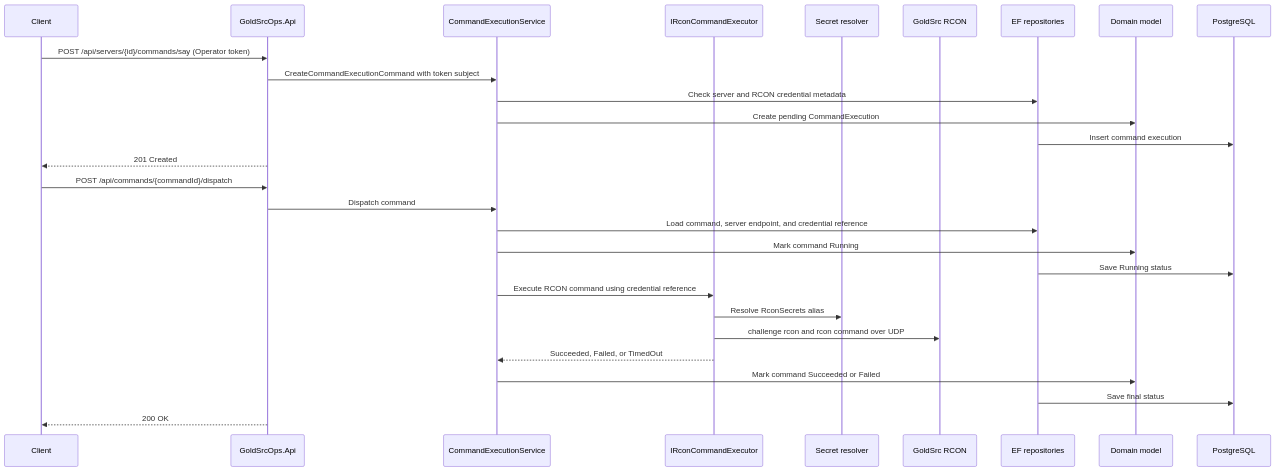
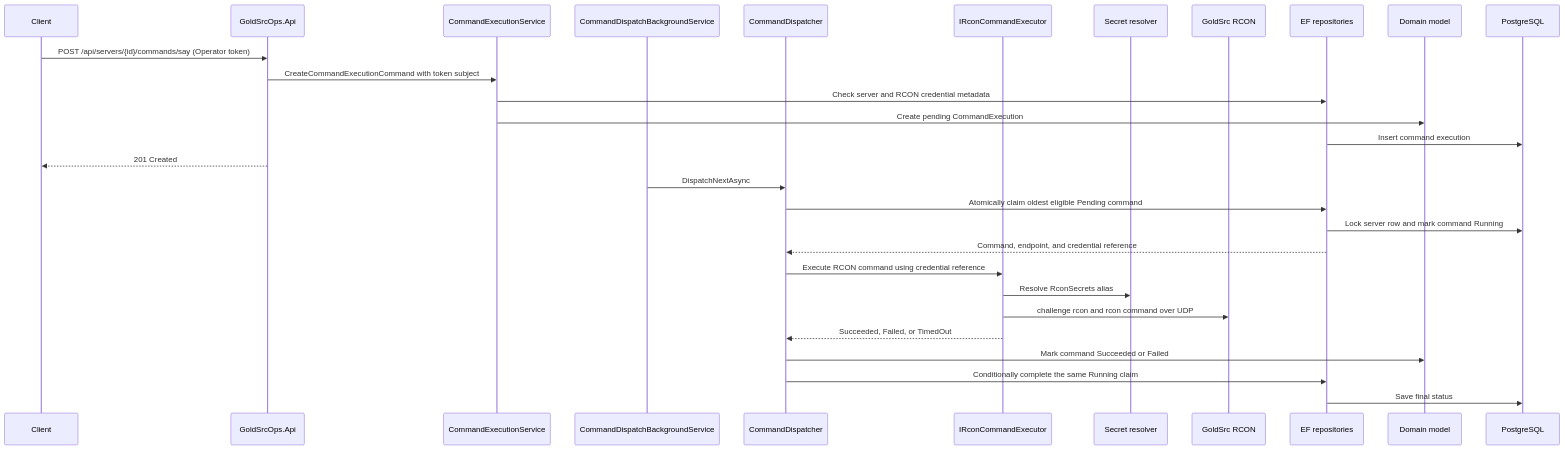
One commit to tov-vl/gold-src-ops changed the sixth of 6 diagrams in docs/architecture.md. Above: the diagram before and after it, drawn with Mermaid. The commit also changed other lines of this file and 27 other files, not shown here.

Commit message:
Add durable background command dispatcher

````diff
--- a/docs/architecture.md
+++ b/docs/architecture.md
@@ -211,32 +216,33 @@
 ```mermaid
 sequenceDiagram
     participant Client
     participant API as GoldSrcOps.Api
     participant App as CommandExecutionService
+    participant Worker as CommandDispatchBackgroundService
+    participant Dispatcher as CommandDispatcher
     participant Executor as IRconCommandExecutor
     participant Secrets as Secret resolver
     participant RCON as GoldSrc RCON
     participant Repo as EF repositories
     participant Domain as Domain model
     participant Db as PostgreSQL
 
     Client->>API: POST /api/servers/{id}/commands/say (Operator token)
     API->>App: CreateCommandExecutionCommand with token subject
     App->>Repo: Check server and RCON credential metadata
     App->>Domain: Create pending CommandExecution
     Repo->>Db: Insert command execution
     API-->>Client: 201 Created
 
-    Client->>API: POST /api/commands/{commandId}/dispatch
-    API->>App: Dispatch command
-    App->>Repo: Load command, server endpoint, and credential reference
-    App->>Domain: Mark command Running
-    Repo->>Db: Save Running status
-    App->>Executor: Execute RCON command using credential reference
+    Worker->>Dispatcher: DispatchNextAsync
+    Dispatcher->>Repo: Atomically claim oldest eligible Pending command
+    Repo->>Db: Lock server row and mark command Running
+    Repo-->>Dispatcher: Command, endpoint, and credential reference
+    Dispatcher->>Executor: Execute RCON command using credential reference
     Executor->>Secrets: Resolve RconSecrets alias
     Executor->>RCON: challenge rcon and rcon command over UDP
-    Executor-->>App: Succeeded, Failed, or TimedOut
-    App->>Domain: Mark command Succeeded or Failed
+    Executor-->>Dispatcher: Succeeded, Failed, or TimedOut
+    Dispatcher->>Domain: Mark command Succeeded or Failed
+    Dispatcher->>Repo: Conditionally complete the same Running claim
     Repo->>Db: Save final status
-    API-->>Client: 200 OK
 ```
````
